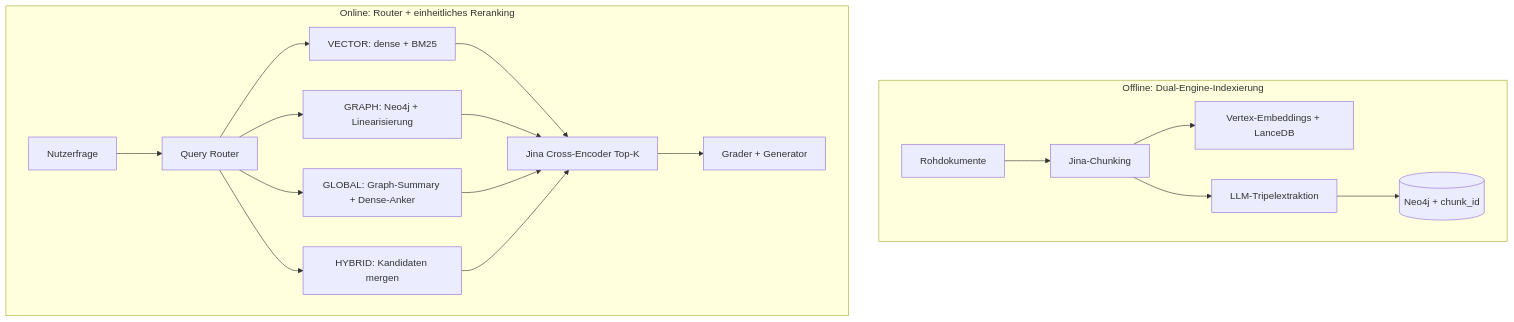
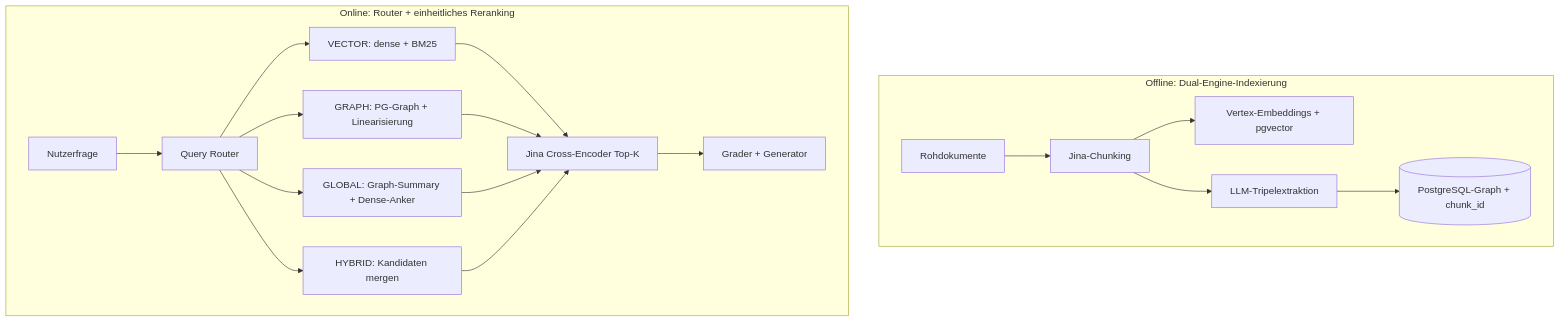
One commit to ordiy/DynaSense-RAG changed the diagram in README-de.md. Above: the diagram before and after it, drawn with Mermaid. The commit also changed other lines of this file and 12 other files, not shown here.

First line of the commit message:
docs: replace Neo4j references with PostgreSQL AGE

````diff
--- a/README-de.md
+++ b/README-de.md
@@ -189,21 +189,21 @@
 ```mermaid
 flowchart TB
   subgraph ingest["Offline: Dual-Engine-Indexierung"]
     D[Rohdokumente] --> J[Jina-Chunking]
-    J --> E[Vertex-Embeddings + LanceDB]
+    J --> E[Vertex-Embeddings + pgvector]
     J --> T[LLM-Tripelextraktion]
-    T --> N[(Neo4j + chunk_id)]
+    T --> N[(PostgreSQL-Graph + chunk_id)]
   end
   subgraph online["Online: Router + einheitliches Reranking"]
     Q[Nutzerfrage] --> R[Query Router]
     R --> V[VECTOR: dense + BM25]
-    R --> G[GRAPH: Neo4j + Linearisierung]
+    R --> G[GRAPH: PG-Graph + Linearisierung]
     R --> GL[GLOBAL: Graph-Summary + Dense-Anker]
     R --> HY[HYBRID: Kandidaten mergen]
     V --> RR[Jina Cross-Encoder Top-K]
     G --> RR
     GL --> RR
     HY --> RR
     RR --> P[Grader + Generator]
   end
 ```
````
